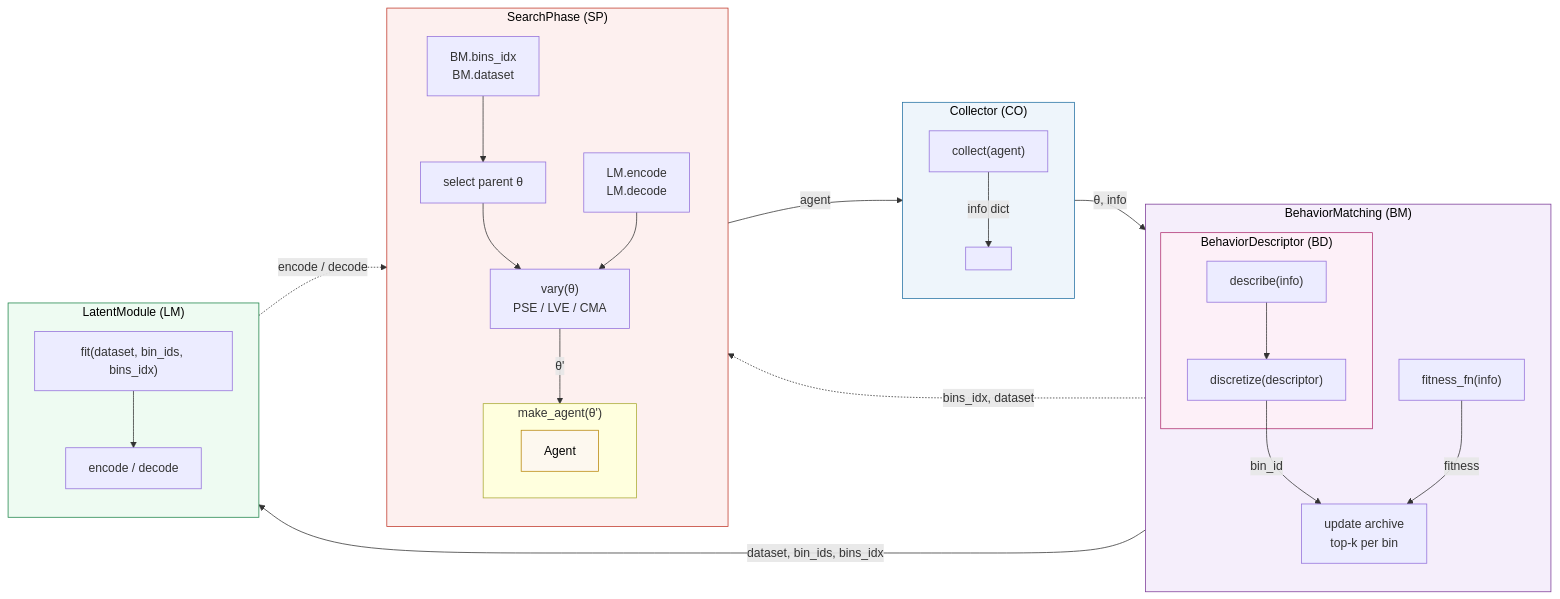
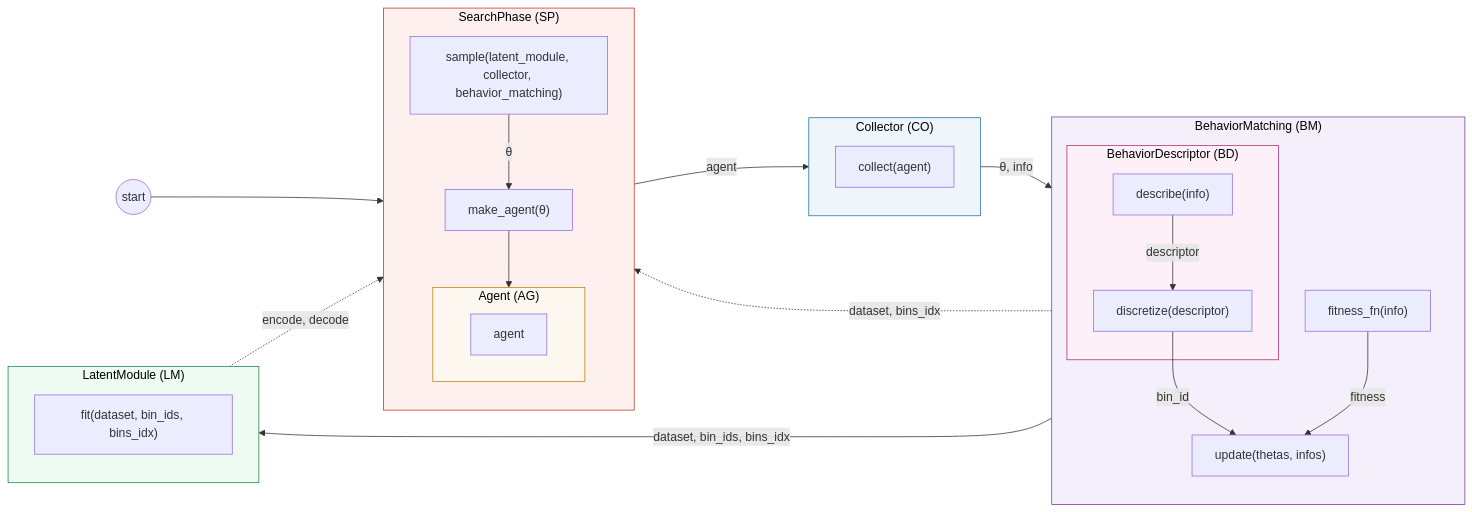
One commit to yugoguy/org changed the second of 3 diagrams in README.md. Above: the diagram before and after it, drawn with Mermaid. The commit also changed other lines of this file, not shown here.

````diff
--- a/README.md
+++ b/README.md
@@ -64,51 +64,47 @@
 ```mermaid
 flowchart LR
+    START(("start"))
+
     subgraph SP["SearchPhase (SP)"]
         direction TB
-        BM_read["BM.bins_idx\nBM.dataset"] --> select["select parent θ"]
-        select --> vary["vary(θ)\nPSE / LVE / CMA"]
-        LM_use["LM.encode\nLM.decode"] --> vary
-        vary -->|"θ'"| make["make_agent(θ')"]
-        subgraph make["make_agent(θ')"]
-            AM2["Agent"]
+        sample["sample(latent_module, collector, behavior_matching)"]
+        sample -->|"θ"| make_agent["make_agent(θ)"]
+        subgraph AG2["Agent (AG)"]
+            agent2["agent"]
         end
+        make_agent --> AG2
     end
 
     subgraph CO["Collector (CO)"]
-        direction TB
         collect2["collect(agent)"]
-        collect2 -->|"info dict"| out2[ ]
     end
 
     subgraph BM["BehaviorMatching (BM)"]
         direction TB
         subgraph BD2["BehaviorDescriptor (BD)"]
             describe2["describe(info)"]
-            discretize2["discretize(descriptor)"]
-            describe2 --> discretize2
+            describe2 -->|"descriptor"| discretize2["discretize(descriptor)"]
         end
         fitness_fn2["fitness_fn(info)"]
-        discretize2 -->|"bin_id"| update2["update archive\ntop-k per bin"]
+        discretize2 -->|"bin_id"| update2["update(thetas, infos)"]
         fitness_fn2 -->|"fitness"| update2
     end
 
     subgraph LM["LatentModule (LM)"]
-        direction TB
         fit["fit(dataset, bin_ids, bins_idx)"]
-        enc["encode / decode"]
-        fit --> enc
     end
 
+    START --> SP
     SP -->|"agent"| CO
     CO -->|"θ, info"| BM
     BM -->|"dataset, bin_ids, bins_idx"| LM
-    LM -.->|"encode / decode"| SP
-    BM -.->|"bins_idx, dataset"| SP
+    LM -.->|"encode, decode"| SP
+    BM -.->|"dataset, bins_idx"| SP
 
     style SP fill:#fdf0ef,stroke:#c0392b,color:#000
     style CO fill:#eef5fb,stroke:#2471a3,color:#000
     style BM fill:#f5eefb,stroke:#7d3c98,color:#000
     style BD2 fill:#fdf0f8,stroke:#b03070,color:#000
     style LM fill:#eefbf2,stroke:#1e8449,color:#000
-    style AM2 fill:#fdf8ef,stroke:#b8860b,color:#000
+    style AG2 fill:#fdf8ef,stroke:#b8860b,color:#000
 ```
````
